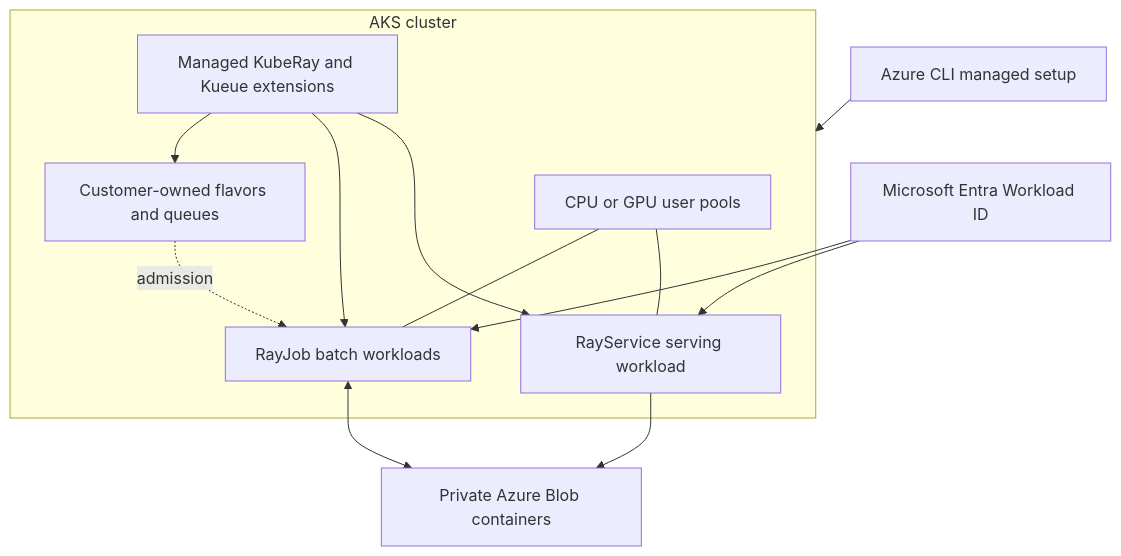
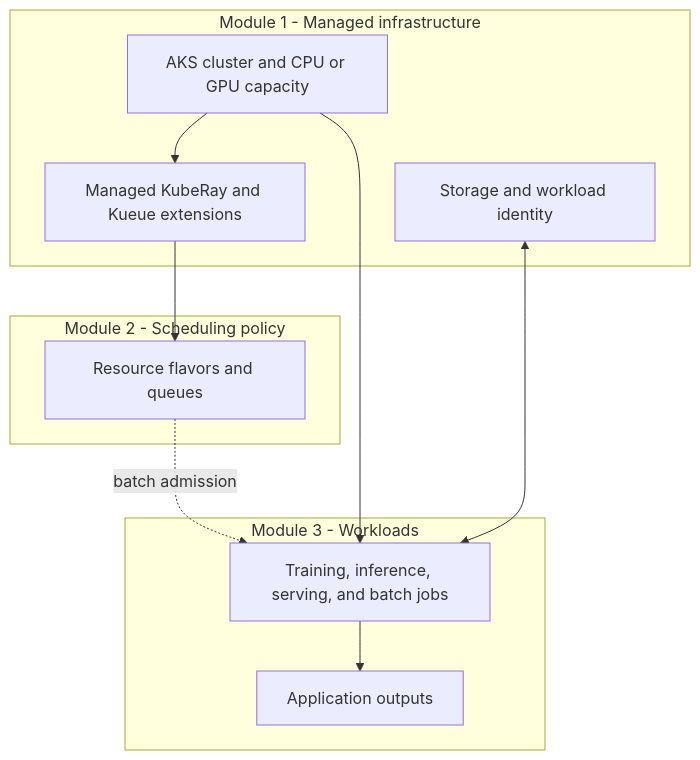
Before and after one commit to Azure/AKS: the diagram in examples/kueue-and-ray-on-aks/README.md, drawn with Mermaid. The commit also changed other lines of this file and 22 other files, not shown here.

Commit message:
feat(examples): use managed resources throughout the module guides

````diff
--- a/examples/kueue-and-ray-on-aks/README.md
+++ b/examples/kueue-and-ray-on-aks/README.md
@@ -31,21 +23,21 @@
 ```mermaid
 flowchart TB
-    AZ[Azure CLI managed setup] --> AKS
-    subgraph AKS[AKS cluster]
-        NODE[CPU or GPU user pools]
-        EXT[Managed KubeRay and Kueue extensions]
-        QUEUE[Customer-owned flavors and queues]
-        JOB[RayJob batch workloads]
-        SERVE[RayService serving workload]
-        EXT --> QUEUE
-        QUEUE -. admission .-> JOB
-        EXT --> JOB
-        EXT --> SERVE
-        NODE --- JOB
-        NODE --- SERVE
+    subgraph M1[Module 1 - Managed infrastructure]
+        AKS[AKS cluster and CPU or GPU capacity]
+        OPS[Managed KubeRay and Kueue extensions]
+        DATA[Storage and workload identity]
+        AKS --> OPS
     end
-    WI[Microsoft Entra Workload ID] --> JOB
-    WI --> SERVE
-    JOB <--> BLOB[Private Azure Blob containers]
-    SERVE --> BLOB
+    subgraph M2[Module 2 - Scheduling policy]
+        POLICY[Resource flavors and queues]
+    end
+    subgraph M3[Module 3 - Workloads]
+        WORK[Training, inference, serving, and batch jobs]
+        OUTPUT[Application outputs]
+        WORK --> OUTPUT
+    end
+    OPS --> POLICY
+    POLICY -. batch admission .-> WORK
+    AKS --> WORK
+    DATA <--> WORK
 ```
````
